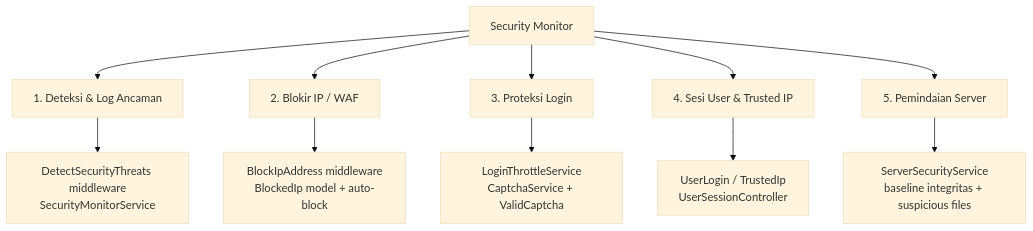
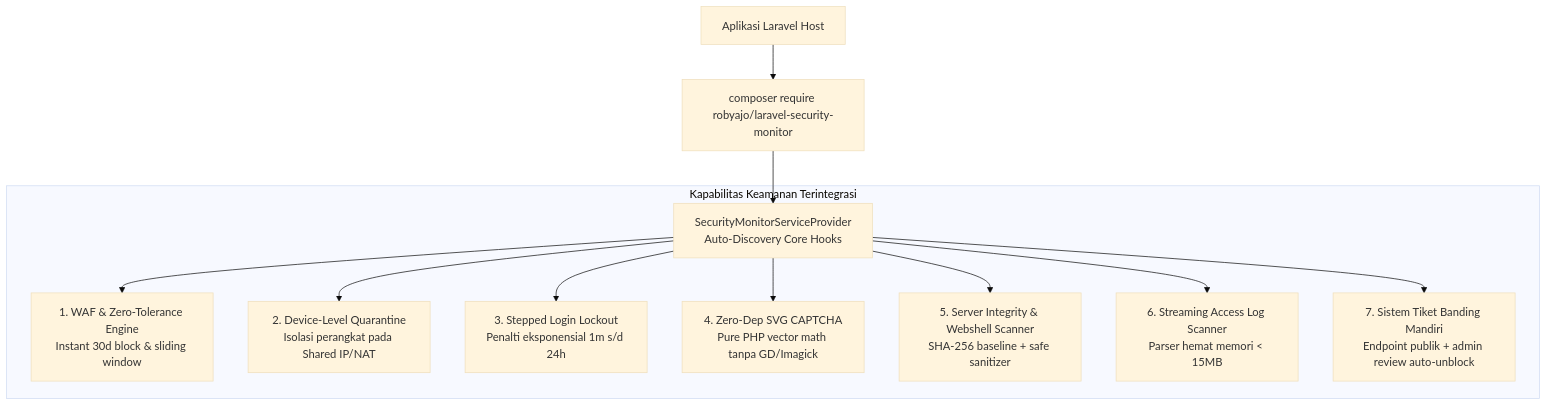
One commit to robyajo/laravel-security-monitor changed the diagram in DOCS/packagist-plan.md. Above: the diagram before and after it, drawn with Mermaid (base theme). The commit also changed other lines of this file and 31 other files, not shown here.

````diff
--- a/DOCS/packagist-plan.md
+++ b/DOCS/packagist-plan.md
@@ -74,14 +58,15 @@
 ```mermaid
 graph TD
-    A[Security Monitor] --> B[1. Deteksi & Log Ancaman]
-    A --> C[2. Blokir IP / WAF]
-    A --> D[3. Proteksi Login]
-    A --> E[4. Sesi User & Trusted IP]
-    A --> F[5. Pemindaian Server]
+    UserApp[Aplikasi Laravel Host] --> Composer[composer require robyajo/laravel-security-monitor]
+    Composer --> Provider[SecurityMonitorServiceProvider<br/>Auto-Discovery Core Hooks]
 
-    B --> B1[DetectSecurityThreats middleware<br/>SecurityMonitorService]
-    C --> C1[BlockIpAddress middleware<br/>BlockedIp model + auto-block]
-    D --> D1[LoginThrottleService<br/>CaptchaService + ValidCaptcha]
-    E --> E1[UserLogin / TrustedIp<br/>UserSessionController]
-    F --> F1[ServerSecurityService<br/>baseline integritas + suspicious files]
+    subgraph CoreCapabilities ["Kapabilitas Keamanan Terintegrasi"]
+        Provider --> WAF[1. WAF & Zero-Tolerance Engine<br/>Instant 30d block & sliding window]
+        Provider --> Device[2. Device-Level Quarantine<br/>Isolasi perangkat pada Shared IP/NAT]
+        Provider --> Lockout[3. Stepped Login Lockout<br/>Penalti eksponensial 1m s/d 24h]
+        Provider --> Captcha[4. Zero-Dep SVG CAPTCHA<br/>Pure PHP vector math tanpa GD/Imagick]
+        Provider --> Integrity[5. Server Integrity & Webshell Scanner<br/>SHA-256 baseline + safe sanitizer]
+        Provider --> LogStream[6. Streaming Access Log Scanner<br/>Parser hemat memori < 15MB]
+        Provider --> Appeals[7. Sistem Tiket Banding Mandiri<br/>Endpoint publik + admin review auto-unblock]
+    end
 ```
````
